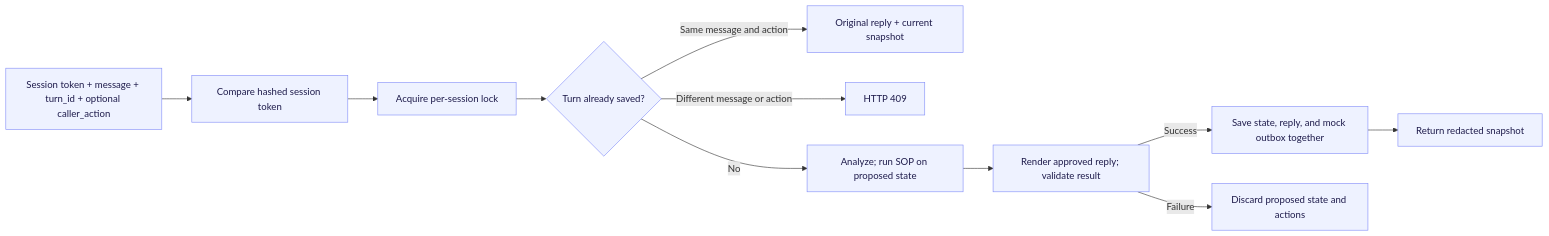
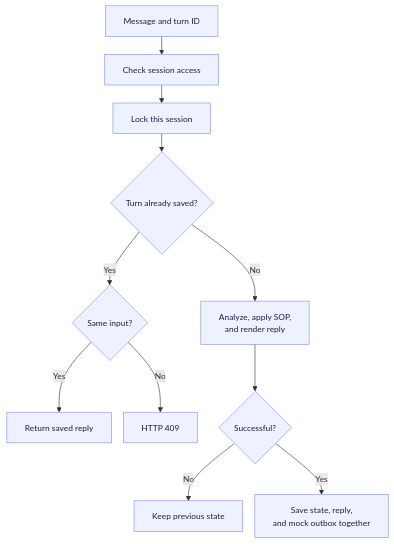
One commit to XinhaoTheo/insurance-claims-sop-agent changed the ninth of 10 diagrams in docs/architecture.md. Above: the diagram before and after it, drawn with Mermaid. The commit also changed other lines of this file and 1 other file, not shown here.

Commit message:
docs: fit diagrams to page width

````diff
--- a/docs/architecture.md
+++ b/docs/architecture.md
@@ -196,15 +195,16 @@
 ```mermaid
-flowchart LR
-    Request["Session token + message + turn_id + optional caller_action"] --> Auth["Compare hashed session token"]
-    Auth --> Lock["Acquire per-session lock"]
-    Lock --> Existing{"Turn already saved?"}
-    Existing -->|Same message and action| Replay["Original reply + current snapshot"]
-    Existing -->|Different message or action| Conflict["HTTP 409"]
-    Existing -->|No| Execute["Analyze; run SOP on proposed state"]
-    Execute --> Render["Render approved reply; validate result"]
-    Render -->|Success| Transaction["Save state, reply, and mock outbox together"]
-    Render -->|Failure| Rollback["Discard proposed state and actions"]
-    Transaction --> Response["Return redacted snapshot"]
+%%{init: {"flowchart": {"nodeSpacing": 20, "rankSpacing": 30}, "themeVariables": {"fontSize": "14px"}}}%%
+flowchart TD
+    Request["Message and turn ID"] --> Auth["Check session access"]
+    Auth --> Lock["Lock this session"]
+    Lock --> Saved{"Turn already saved?"}
+    Saved -->|Yes| Same{"Same input?"}
+    Same -->|Yes| Replay["Return saved reply"]
+    Same -->|No| Conflict["HTTP 409"]
+    Saved -->|No| Run["Analyze, apply SOP,<br/>and render reply"]
+    Run --> Valid{"Successful?"}
+    Valid -->|No| Keep["Keep previous state"]
+    Valid -->|Yes| Save["Save state, reply,<br/>and mock outbox together"]
 
     classDef default fill:#eef2ff,stroke:#818cf8,color:#1e1b4b;
 ```
````
